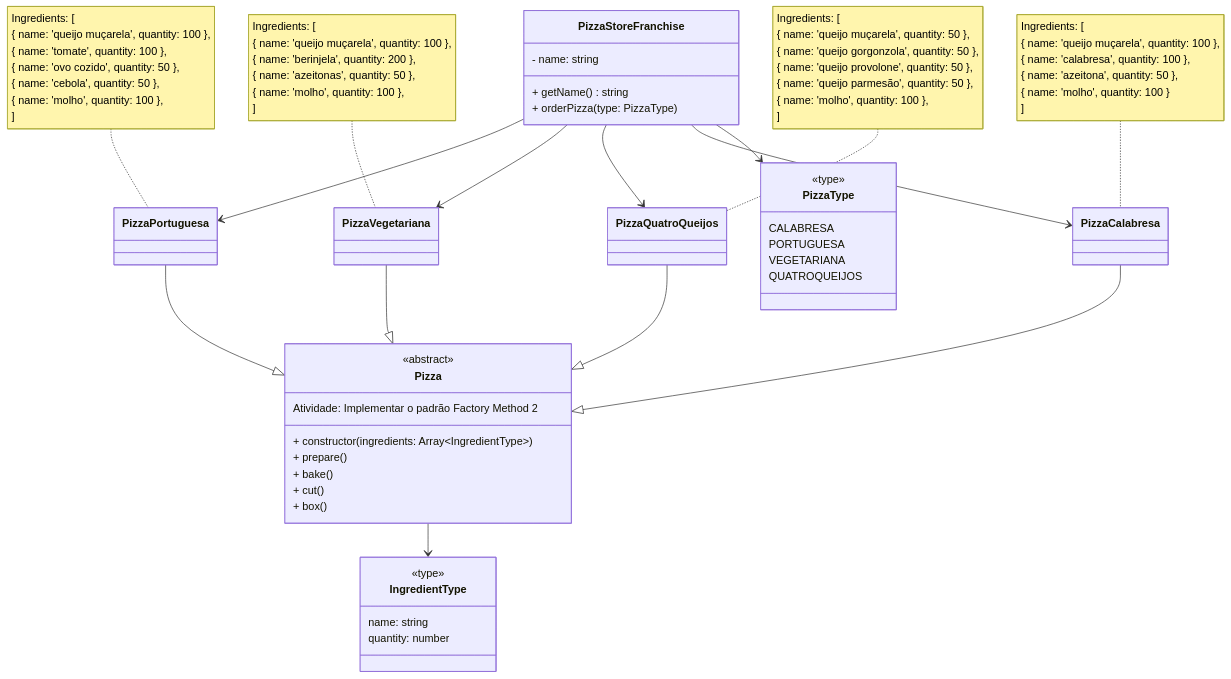
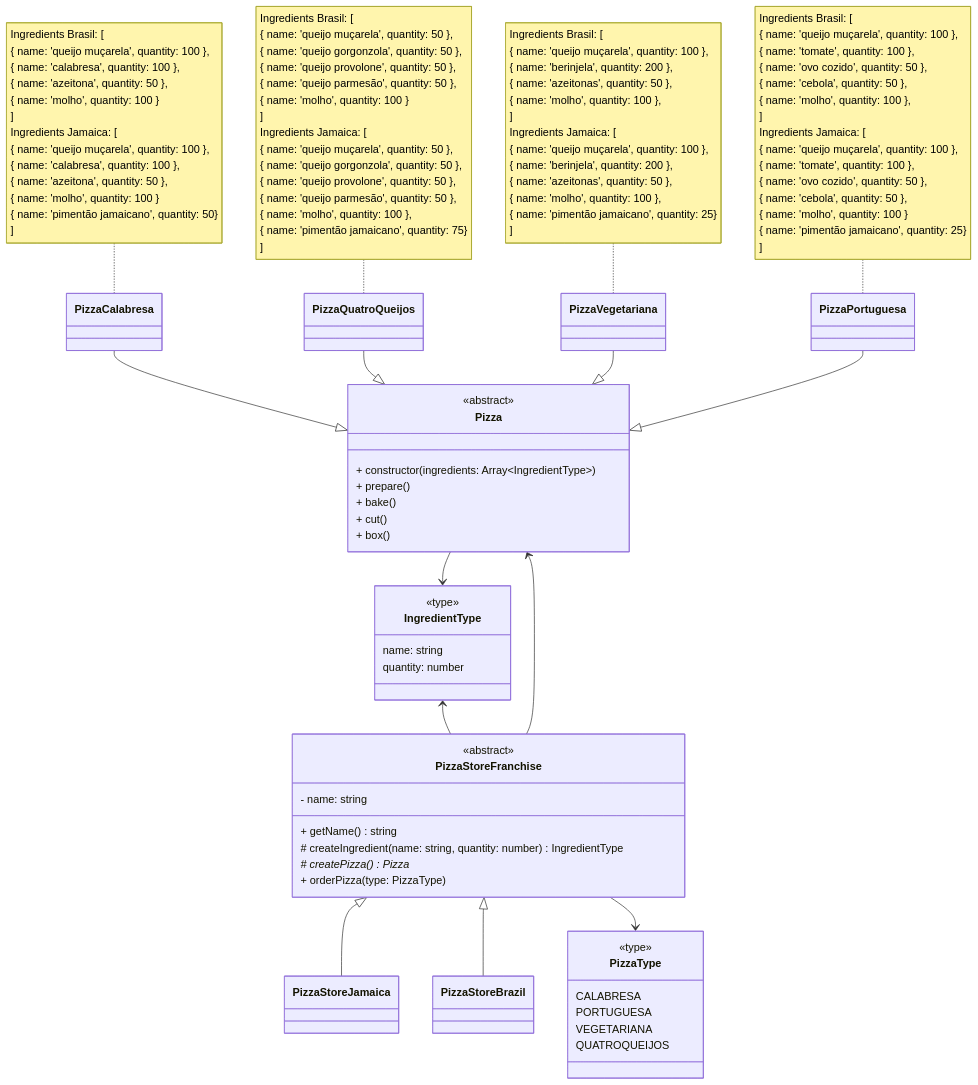
Before and after one commit to A-Pass/ifba-ads22-s5.0-prp005-atividade.06: the diagram in README.md, drawn with Mermaid. The commit also changed 10 other files, not shown here.

Commit message:
Adiciona o padrão Factory Method

````diff
--- a/README.md
+++ b/README.md
@@ -15,21 +15,28 @@
 
 classDiagram
 class PizzaStoreFranchise {
-- name: string
-+ getName() string
-+ orderPizza(type: PizzaType)
+    <<abstract>>
+    - name: string
+    + getName() string
+    # createIngredient(name: string, quantity: number) IngredientType
+    # createPizza() Pizza*
+    + orderPizza(type: PizzaType)
 }
+
+PizzaStoreFranchise <|-- PizzaStoreJamaica
+PizzaStoreFranchise <|-- PizzaStoreBrazil
+IngredientType <-- PizzaStoreFranchise
+Pizza <-- PizzaStoreFranchise
+
 class Pizza {
 <<abstract>>
 + constructor(ingredients: Array~IngredientType~)
 + prepare()
 + bake()
-
-Atividade: Implementar o padrão Factory Method 2
-
 + cut()
 + box()
 }
+
 class PizzaCalabresa
 class PizzaQuatroQueijos
 class PizzaVegetariana
@@ -52,34 +59,64 @@
 PizzaVegetariana --|> Pizza
 PizzaPortuguesa --|> Pizza
 PizzaStoreFranchise --> PizzaType
-PizzaStoreFranchise --> PizzaCalabresa
-PizzaStoreFranchise --> PizzaQuatroQueijos
-PizzaStoreFranchise --> PizzaVegetariana
-PizzaStoreFranchise --> PizzaPortuguesa
-note for PizzaCalabresa "Ingredients: [
-{ name: 'queijo muçarela', quantity: 100 },
-{ name: 'calabresa', quantity: 100 },
-{ name: 'azeitona', quantity: 50 },
-{ name: 'molho', quantity: 100 }
+
+note for PizzaCalabresa "Ingredients Brasil: [
+    { name: 'queijo muçarela', quantity: 100 },
+    { name: 'calabresa', quantity: 100 },
+    { name: 'azeitona', quantity: 50 },
+    { name: 'molho', quantity: 100 }
+]
+Ingredients Jamaica: [
+    { name: 'queijo muçarela', quantity: 100 },
+    { name: 'calabresa', quantity: 100 },
+    { name: 'azeitona', quantity: 50 },
+    { name: 'molho', quantity: 100 }
+    {  name: 'pimentão jamaicano', quantity: 50}
 ]"
-note for PizzaPortuguesa "Ingredients: [
-{ name: 'queijo muçarela', quantity: 100 },
-{ name: 'tomate', quantity: 100 },
-{ name: 'ovo cozido', quantity: 50 },
-{ name: 'cebola', quantity: 50 },
-{ name: 'molho', quantity: 100 },
+
+note for PizzaPortuguesa "Ingredients Brasil: [
+    { name: 'queijo muçarela', quantity: 100 },
+    { name: 'tomate', quantity: 100 },
+    { name: 'ovo cozido', quantity: 50 },
+    { name: 'cebola', quantity: 50 },
+    { name: 'molho', quantity: 100 },
+]
+Ingredients Jamaica: [
+    { name: 'queijo muçarela', quantity: 100 },
+    { name: 'tomate', quantity: 100 },
+    { name: 'ovo cozido', quantity: 50 },
+    { name: 'cebola', quantity: 50 },
+    { name: 'molho', quantity: 100 }
+    { name: 'pimentão jamaicano', quantity: 25}
 ]"
-note for PizzaVegetariana "Ingredients: [
-{ name: 'queijo muçarela', quantity: 100 },
-{ name: 'berinjela', quantity: 200 },
-{ name: 'azeitonas', quantity: 50 },
-{ name: 'molho', quantity: 100 },
+
+note for PizzaVegetariana "Ingredients Brasil: [
+    { name: 'queijo muçarela', quantity: 100 },
+    { name: 'berinjela', quantity: 200 },
+    { name: 'azeitonas', quantity: 50 },
+    { name: 'molho', quantity: 100 },
+]
+Ingredients Jamaica: [
+    { name: 'queijo muçarela', quantity: 100 },
+    { name: 'berinjela', quantity: 200 },
+    { name: 'azeitonas', quantity: 50 },
+    { name: 'molho', quantity: 100 },
+    { name: 'pimentão jamaicano', quantity: 25}
 ]"
-note for PizzaQuatroQueijos "Ingredients: [
-{ name: 'queijo muçarela', quantity: 50 },
-{ name: 'queijo gorgonzola', quantity: 50 },
-{ name: 'queijo provolone', quantity: 50 },
-{ name: 'queijo parmesão', quantity: 50 },
-{ name: 'molho', quantity: 100 },
+
+note for PizzaQuatroQueijos "Ingredients Brasil: [
+    { name: 'queijo muçarela', quantity: 50 },
+    { name: 'queijo gorgonzola', quantity: 50 },
+    { name: 'queijo provolone', quantity: 50 },
+    { name: 'queijo parmesão', quantity: 50 },
+    { name: 'molho', quantity: 100 }
+]
+Ingredients Jamaica: [
+    { name: 'queijo muçarela', quantity: 50 },
+    { name: 'queijo gorgonzola', quantity: 50 },
+    { name: 'queijo provolone', quantity: 50 },
+    { name: 'queijo parmesão', quantity: 50 },
+    { name: 'molho', quantity: 100 },
+    { name: 'pimentão jamaicano', quantity: 75}
 ]"
 ```
````
